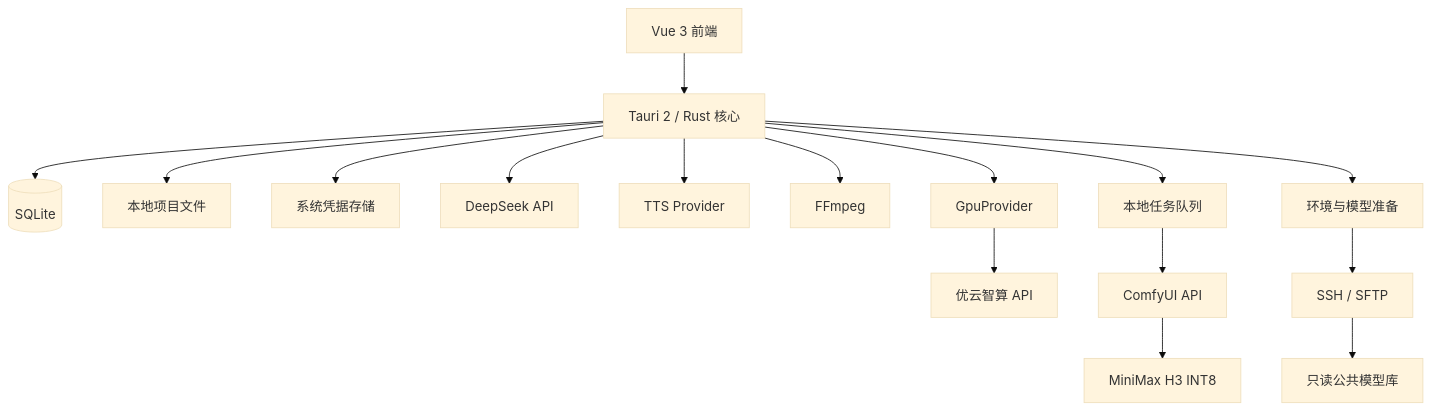
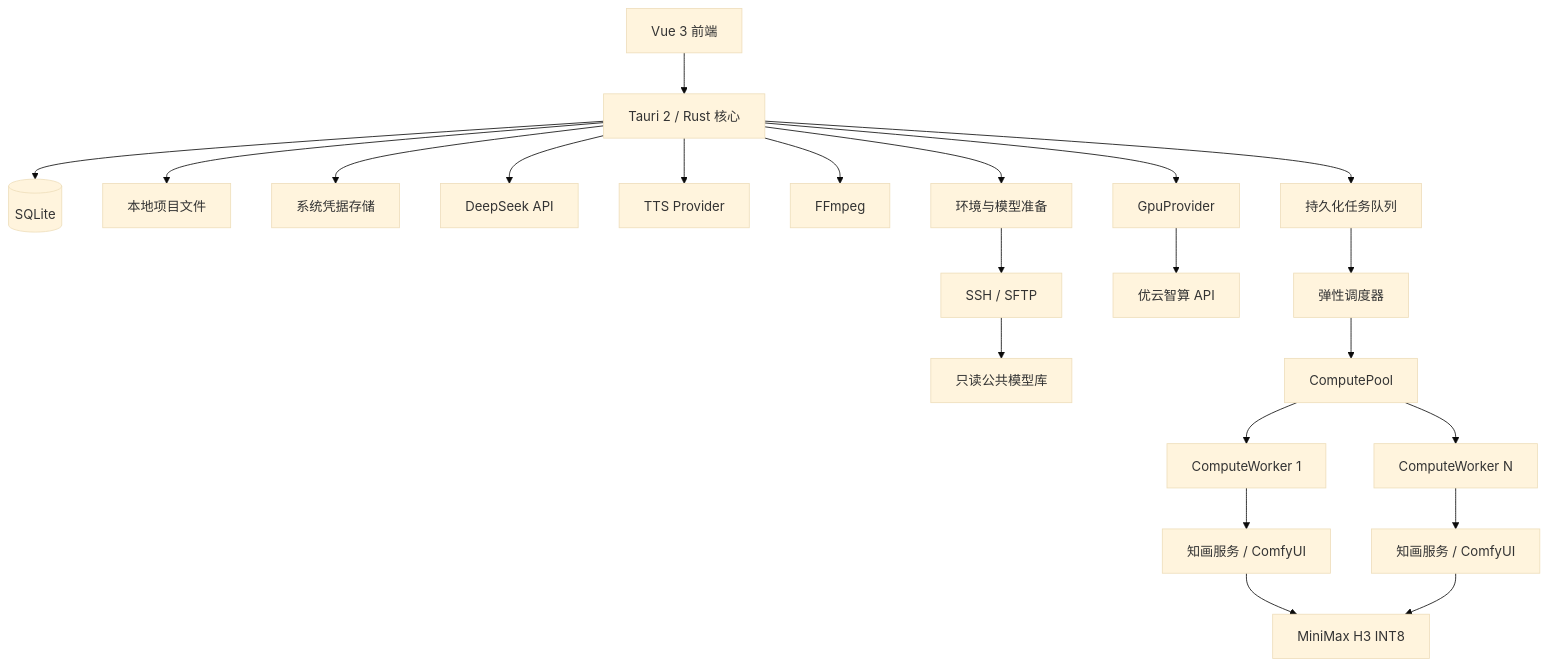
Before and after one commit to woniu101/zhihua: the fifth of 5 diagrams in MVP.md, drawn with Mermaid (base theme). The commit also changed other lines of this file and 7 other files, not shown here.

````diff
--- a/MVP.md
+++ b/MVP.md
@@ -628,18 +630,24 @@
 ```mermaid
 flowchart TB
     UI[Vue 3 前端] --> CORE[Tauri 2 / Rust 核心]
     CORE --> DB[(SQLite)]
     CORE --> FILES[本地项目文件]
     CORE --> KEYCHAIN[系统凭据存储]
     CORE --> LLM[DeepSeek API]
     CORE --> TTS[TTS Provider]
     CORE --> FFMPEG[FFmpeg]
-    CORE --> JOBS[本地任务队列]
+    CORE --> JOBS[持久化任务队列]
+    JOBS --> DISPATCH[弹性调度器]
     CORE --> GPU[GpuProvider]
     GPU --> CLOUD[优云智算 API]
     CORE --> PREP[环境与模型准备]
     PREP --> SSH[SSH / SFTP]
     SSH --> MODELS[只读公共模型库]
-    JOBS --> COMFY[ComfyUI API]
-    COMFY --> H3[MiniMax H3 INT8]
+    DISPATCH --> POOL[ComputePool]
+    POOL --> W1[ComputeWorker 1]
+    POOL --> WN[ComputeWorker N]
+    W1 --> COMFY1[知画服务 / ComfyUI]
+    WN --> COMFYN[知画服务 / ComfyUI]
+    COMFY1 --> H3[MiniMax H3 INT8]
+    COMFYN --> H3
 ```
````
